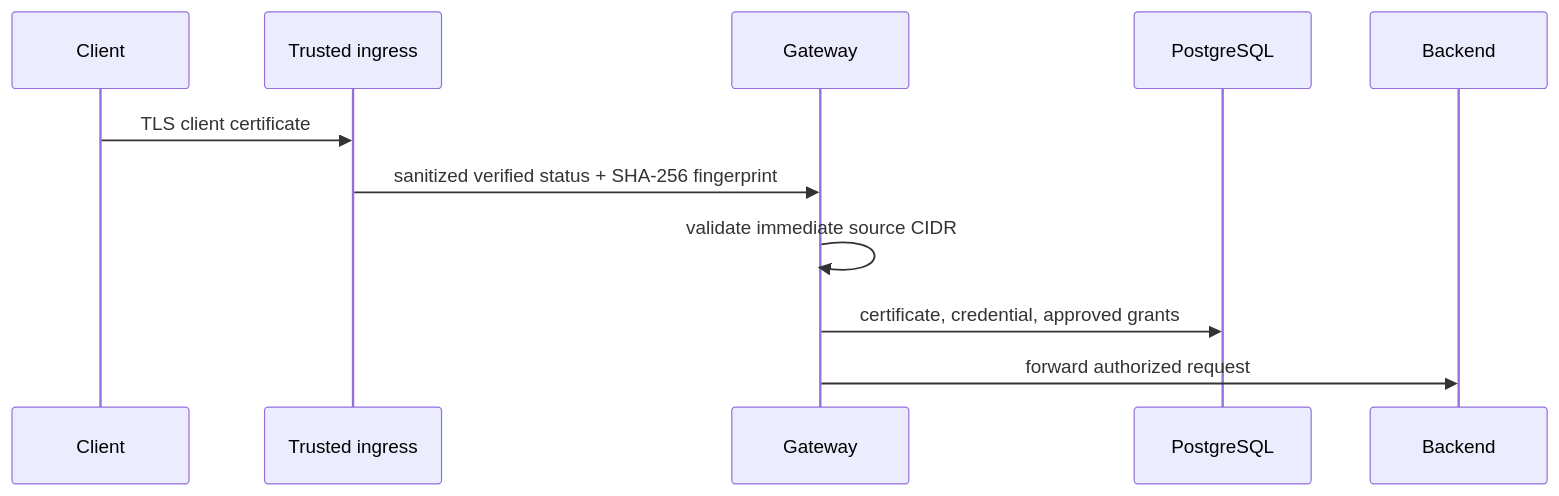
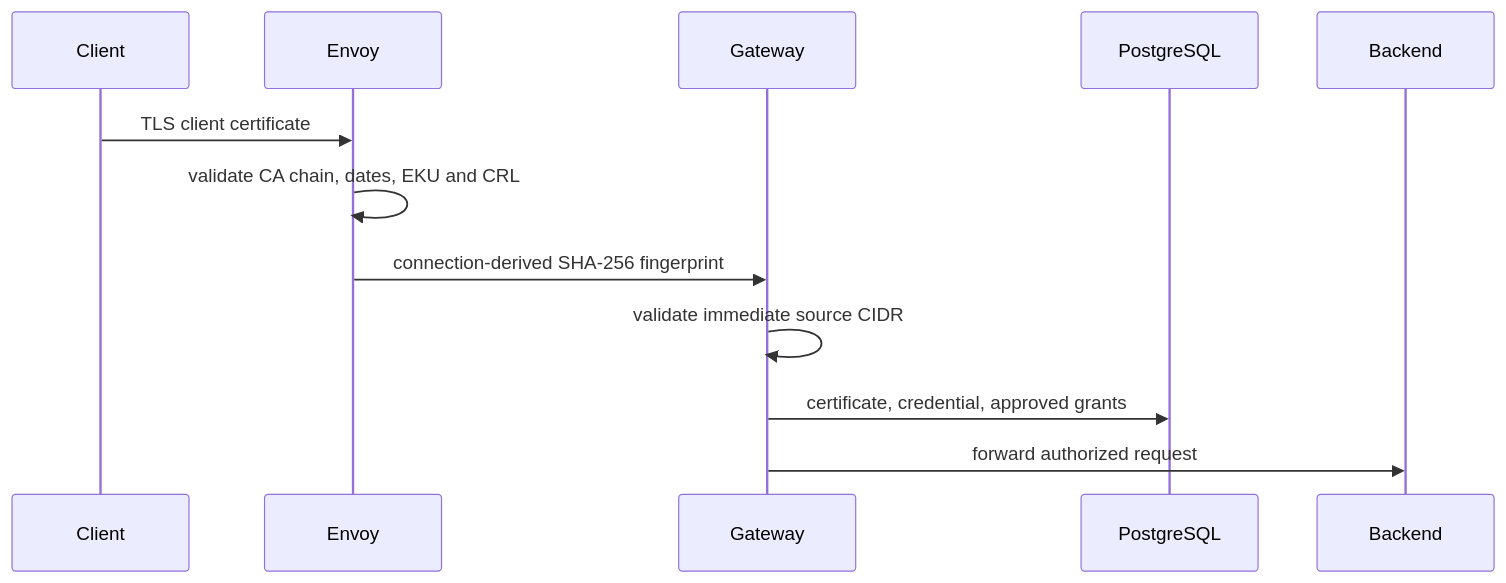
One commit to c4rl0s04/api-gateway-platform changed the sixth of 6 diagrams in docs/02-architecture/Authentication and Authorization.md. Above: the diagram before and after it, drawn with Mermaid. The commit also changed other lines of this file and 16 other files, not shown here.

Commit message:
docs(mtls): document multi-client pki architecture

````diff
--- a/docs/02-architecture/Authentication and Authorization.md
+++ b/docs/02-architecture/Authentication and Authorization.md
@@ -106,8 +108,9 @@
 ```mermaid
 sequenceDiagram
-  Client->>Trusted ingress: TLS client certificate
-  Trusted ingress->>Gateway: sanitized verified status + SHA-256 fingerprint
+  Client->>Envoy: TLS client certificate
+  Envoy->>Envoy: validate CA chain, dates, EKU and CRL
+  Envoy->>Gateway: connection-derived SHA-256 fingerprint
   Gateway->>Gateway: validate immediate source CIDR
   Gateway->>PostgreSQL: certificate, credential, approved grants
   Gateway->>Backend: forward authorized request
 ```
````
